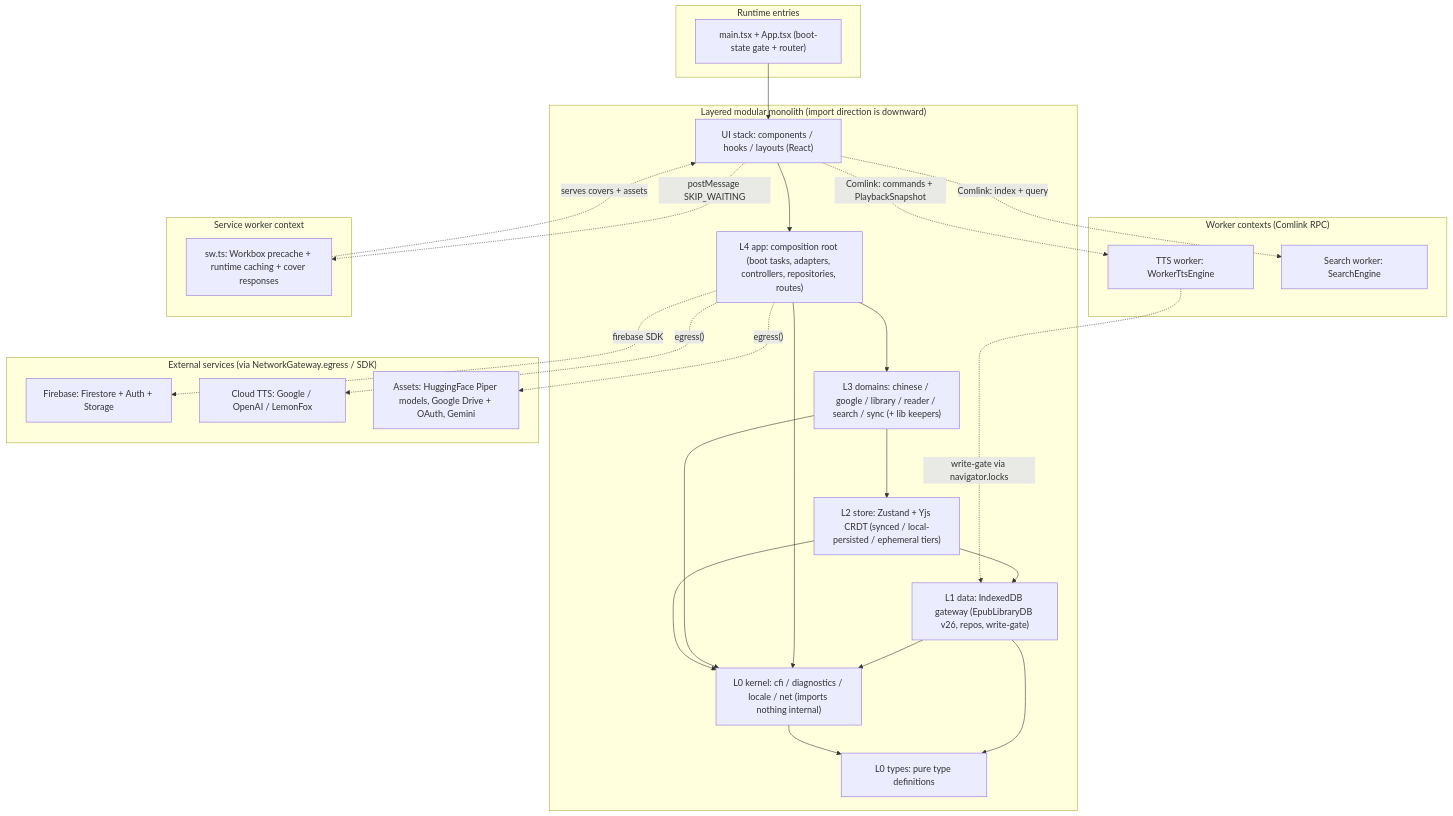
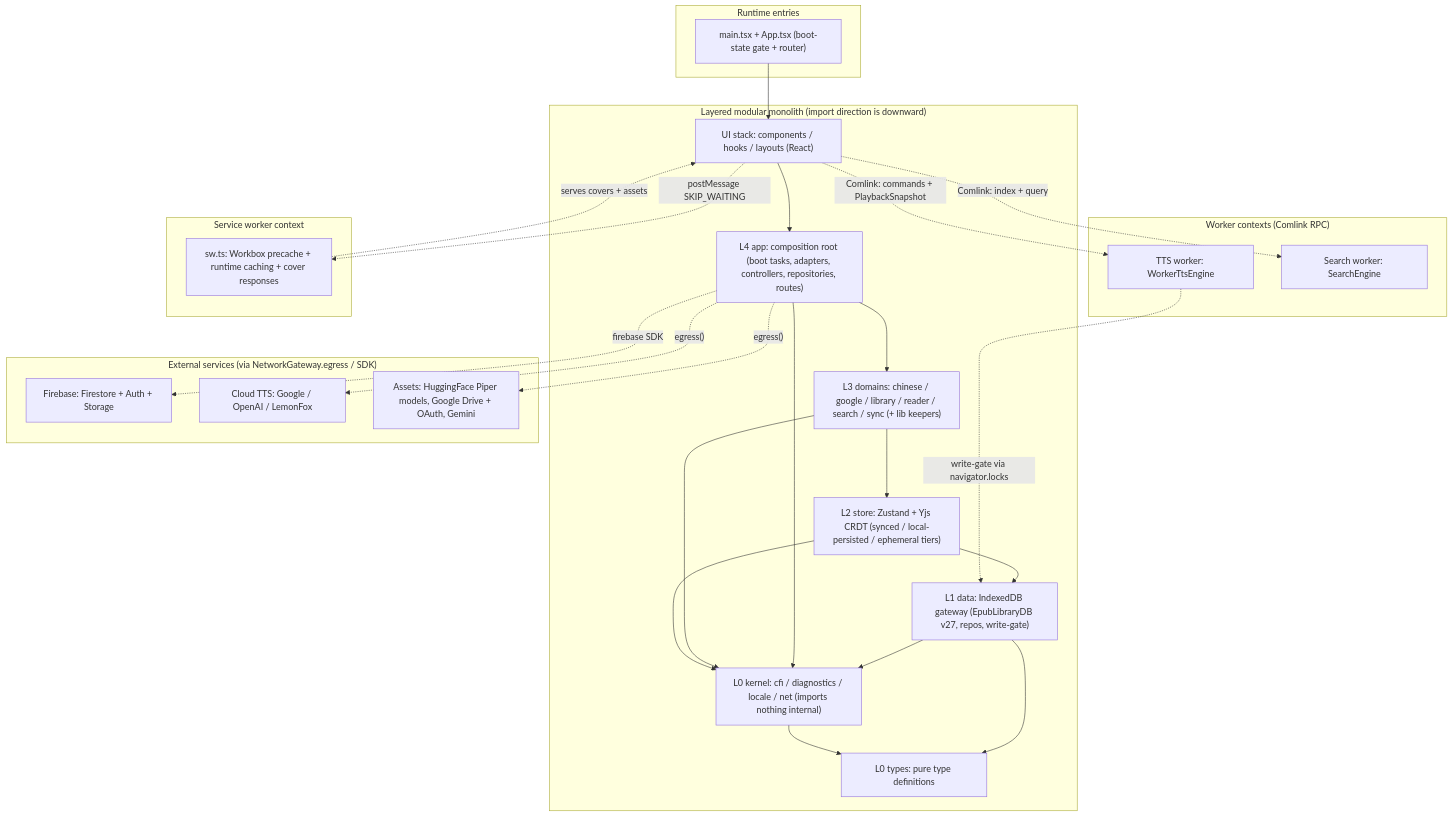
Before and after one commit to vrwarp/versicle: the first of 2 diagrams in docs/comprehensive/README.md, drawn with Mermaid. The commit also changed other lines of this file and 17 other files, not shown here.

````diff
--- a/docs/comprehensive/README.md
+++ b/docs/comprehensive/README.md
@@ -143,51 +148,51 @@
 ```mermaid
 graph TD
     subgraph Layers["Layered modular monolith (import direction is downward)"]
         UI["UI stack: components / hooks / layouts (React)"]
         L4["L4 app: composition root (boot tasks, adapters, controllers, repositories, routes)"]
         L3["L3 domains: chinese / google / library / reader / search / sync (+ lib keepers)"]
         L2["L2 store: Zustand + Yjs CRDT (synced / local-persisted / ephemeral tiers)"]
-        L1["L1 data: IndexedDB gateway (EpubLibraryDB v26, repos, write-gate)"]
+        L1["L1 data: IndexedDB gateway (EpubLibraryDB v27, repos, write-gate)"]
         L0k["L0 kernel: cfi / diagnostics / locale / net (imports nothing internal)"]
         L0t["L0 types: pure type definitions"]
         UI --> L4
         L4 --> L3
         L3 --> L2
         L2 --> L1
         L1 --> L0k
         L4 --> L0k
         L3 --> L0k
         L2 --> L0k
         L1 --> L0t
         L0k --> L0t
     end
 
     subgraph Entries["Runtime entries"]
         MAIN["main.tsx + App.tsx (boot-state gate + router)"]
     end
 
     subgraph Workers["Worker contexts (Comlink RPC)"]
         TW["TTS worker: WorkerTtsEngine"]
         SWk["Search worker: SearchEngine"]
     end
 
     subgraph SWctx["Service worker context"]
         SW["sw.ts: Workbox precache + runtime caching + cover responses"]
     end
 
     subgraph Ext["External services (via NetworkGateway.egress / SDK)"]
         FB["Firebase: Firestore + Auth + Storage"]
         TTSP["Cloud TTS: Google / OpenAI / LemonFox"]
         ASSETS["Assets: HuggingFace Piper models, Google Drive + OAuth, Gemini"]
     end
 
     MAIN --> UI
     UI -. "Comlink: commands + PlaybackSnapshot" .-> TW
     UI -. "Comlink: index + query" .-> SWk
     UI -. "postMessage SKIP_WAITING" .-> SW
     SW -. "serves covers + assets" .-> UI
     TW -. "write-gate via navigator.locks" .-> L1
     L4 -. "firebase SDK" .-> FB
     L4 -. "egress()" .-> TTSP
     L4 -. "egress()" .-> ASSETS
 ```
````
